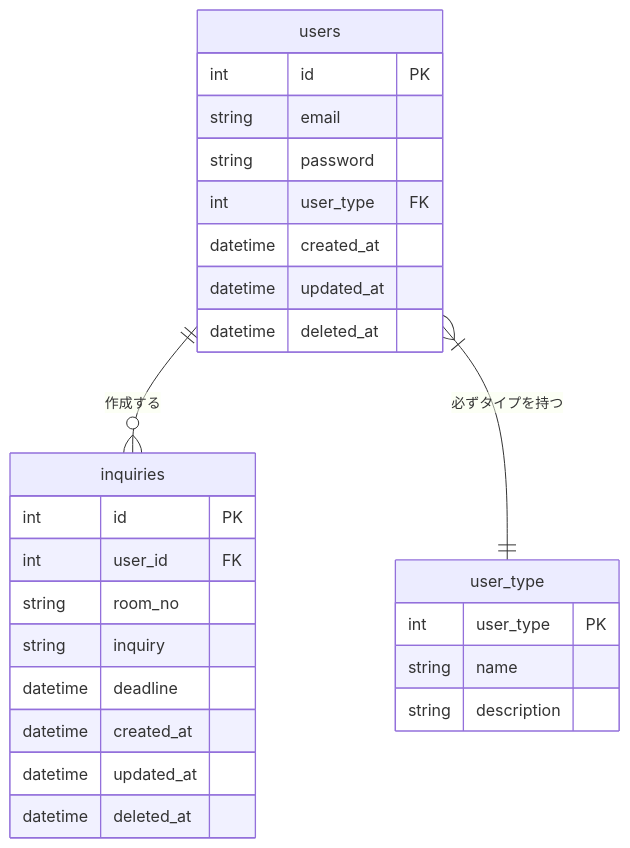
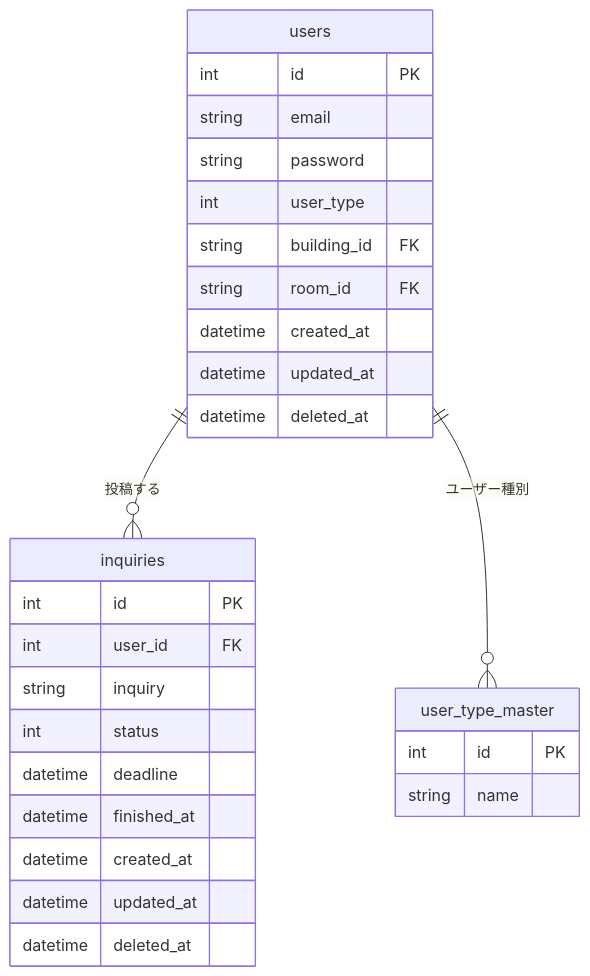
Before and after one commit to rictusempra52/APIkadai: the diagram in db_design/db_design.md, drawn with Mermaid. The commit also changed 2 other files, not shown here.

Commit message:
encodedecode消した

````diff
--- a/db_design/db_design.md
+++ b/db_design/db_design.md
@@ -3,33 +3,35 @@
 ```mermaid
 erDiagram
 
-users ||--o{ inquiries : "作成する"
-users }|--|| user_type : "必ずタイプを持つ"
+users ||--o{ inquiries : "投稿する"
+users ||--o{ user_type_master : "ユーザー種別"
 
 users {
     int id PK
     string email
     string  password
-    int user_type FK
+    int user_type
+    string building_id FK
+    string room_id FK
     datetime created_at
     datetime updated_at
     datetime deleted_at
 }
 
-user_type {
-    int user_type PK
-    string name
-    string description
-}
-
 inquiries {
     int id PK
     int user_id FK
-    string room_no
     string inquiry
+    int status
     datetime deadline
+    datetime finished_at
     datetime created_at
     datetime updated_at
     datetime deleted_at
 }
+
+user_type_master {
+    int id PK
+    string name
+}
 ```
````
